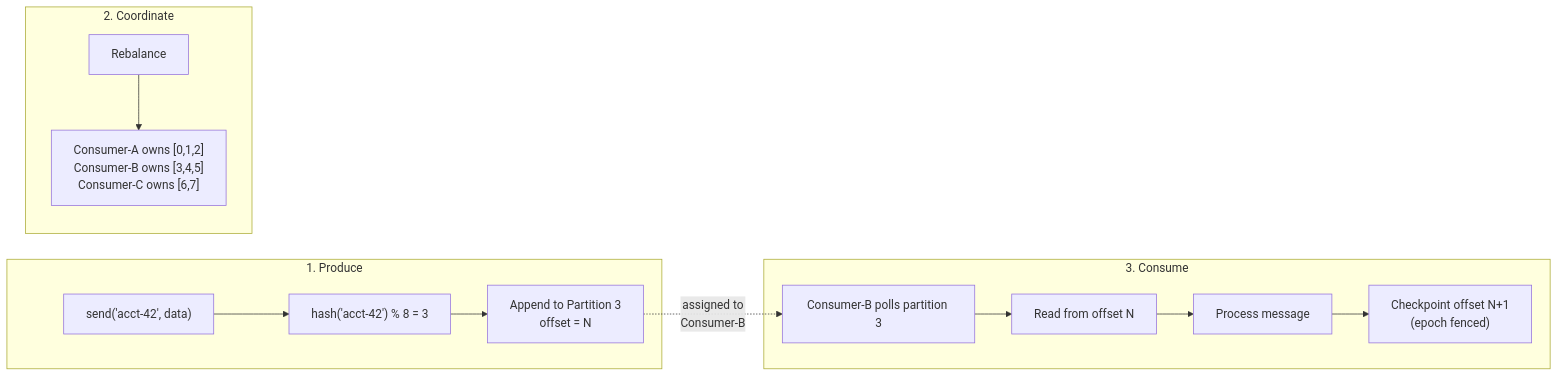
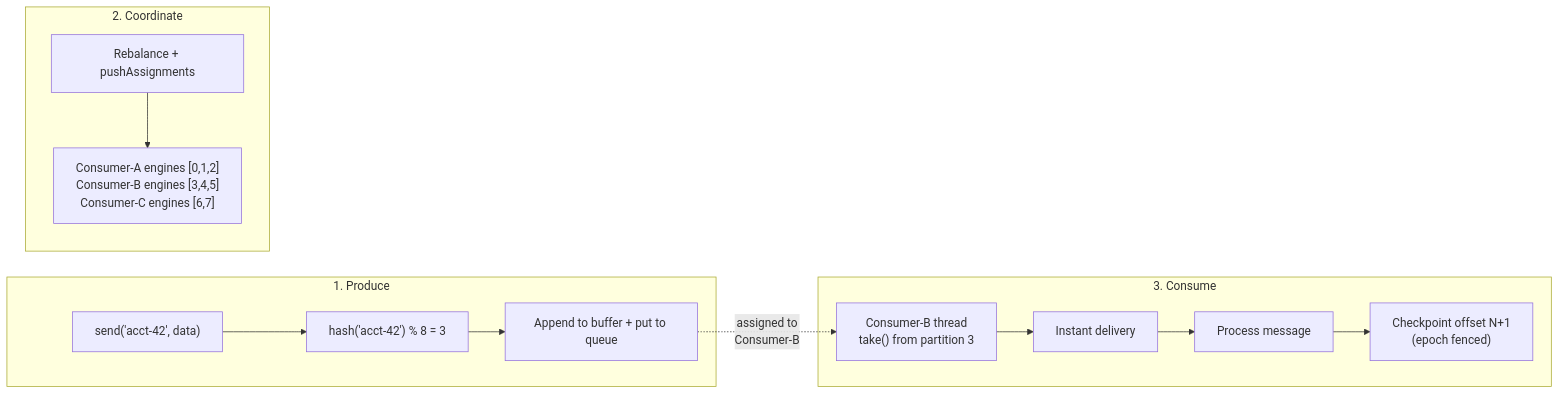
Before and after one commit to Prashant2603/pxrs: the fourth of 11 diagrams in README.md, drawn with Mermaid. The commit also changed other lines of this file and 23 other files, not shown here.

````diff
--- a/README.md
+++ b/README.md
@@ -181,19 +209,19 @@
 ```mermaid
 flowchart LR
     subgraph "1. Produce"
         A["send('acct-42', data)"] --> B["hash('acct-42') % 8 = 3"]
-        B --> C["Append to Partition 3<br/>offset = N"]
+        B --> C["Append to buffer + put to queue"]
     end
 
     subgraph "2. Coordinate"
-        D["Rebalance"] --> E["Consumer-A owns [0,1,2]<br/>Consumer-B owns [3,4,5]<br/>Consumer-C owns [6,7]"]
+        D["Rebalance + pushAssignments"] --> E["Consumer-A engines [0,1,2]<br/>Consumer-B engines [3,4,5]<br/>Consumer-C engines [6,7]"]
     end
 
     subgraph "3. Consume"
-        F["Consumer-B polls partition 3"] --> G["Read from offset N"]
+        F["Consumer-B thread<br/>take() from partition 3"] --> G["Instant delivery"]
         G --> H["Process message"]
         H --> I["Checkpoint offset N+1<br/>(epoch fenced)"]
     end
 
     C -.->|"assigned to<br/>Consumer-B"| F
 ```
````
